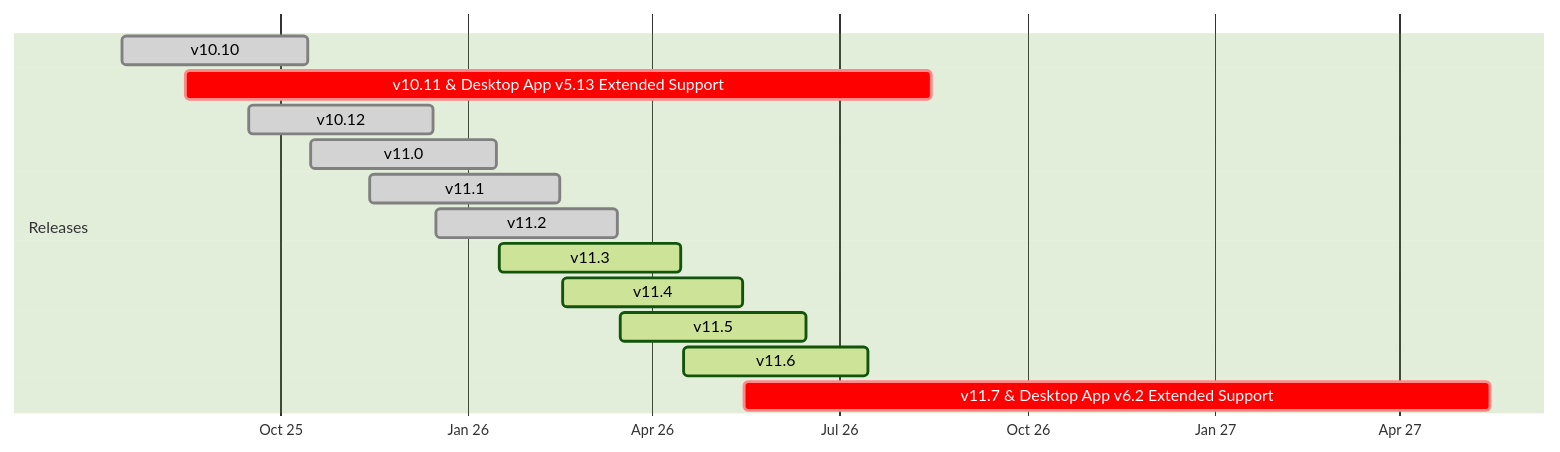
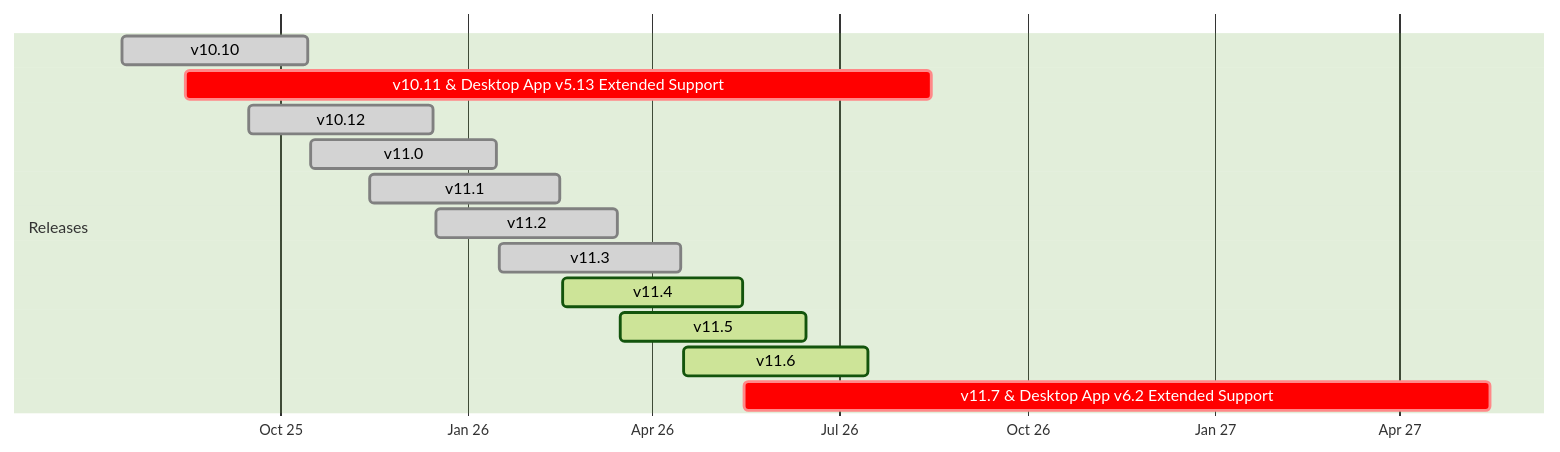
Before and after one commit to mattermost/docs: the diagram in source/product-overview/release-policy.md, drawn with Mermaid (forest theme).

````diff
--- a/source/product-overview/release-policy.md
+++ b/source/product-overview/release-policy.md
@@ -44,19 +44,19 @@
 ```{mermaid}
 
 gantt
     dateFormat  YYYY-MM-DD
     axisFormat  %b %y
 
     section Releases
     v10.10                 :done, 2025-07-16, 2025-10-15
     v10.11 & Desktop App v5.13 Extended Support :crit,    2025-08-16, 2026-08-15
     v10.12                 :done, 2025-09-16, 2025-12-15
     v11.0                  :done, 2025-10-16, 2026-01-15
     v11.1                  :done, 2025-11-14, 2026-02-15
     v11.2                  :done, 2025-12-16, 2026-03-15
-    v11.3                  :active, 2026-01-16, 2026-04-15
+    v11.3                  :done, 2026-01-16, 2026-04-15
     v11.4                  :active, 2026-02-16, 2026-05-15
     v11.5                  :active, 2026-03-16, 2026-06-15
     v11.6                  :active, 2026-04-16, 2026-07-15
     v11.7 & Desktop App v6.2 Extended Support :crit,    2026-05-16, 2027-05-15
 ```
````
